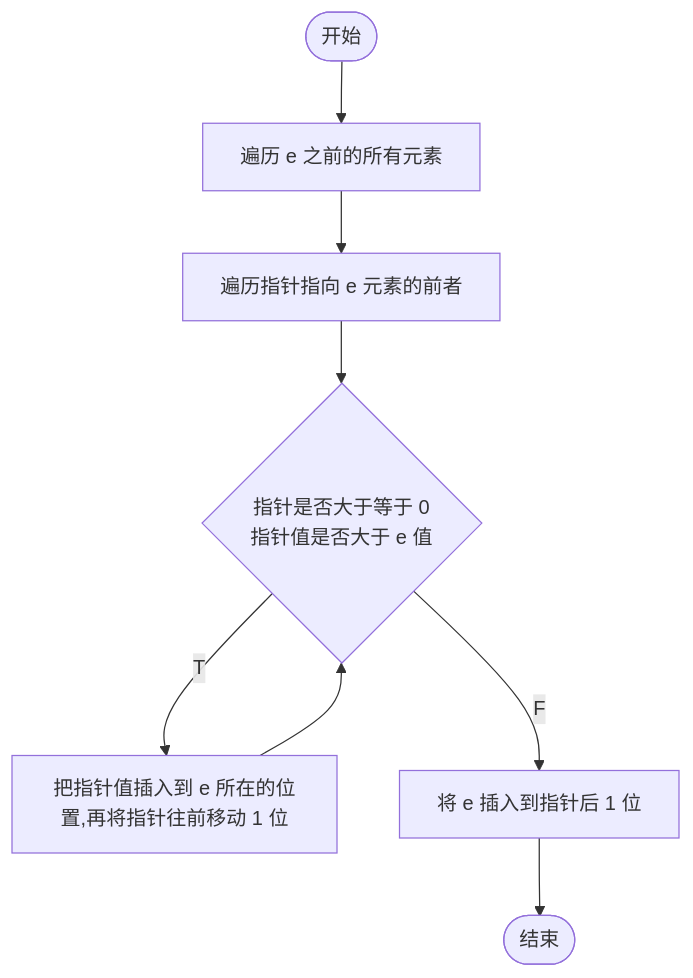
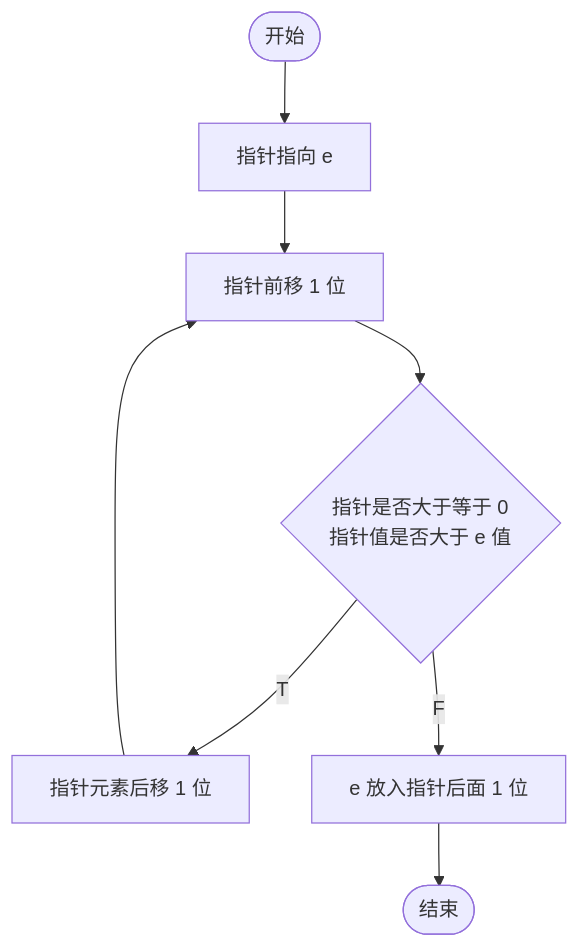
The first of 2 diagrams in content/posts/理论知识/数据结构和算法.md (2198764529/obsidian), drawn with Mermaid before and after one commit. The commit also changed other lines of this file and 8 other files, not shown here.

````diff
--- a/content/posts/理论知识/数据结构和算法.md
+++ b/content/posts/理论知识/数据结构和算法.md
@@ -56,10 +56,9 @@
 ```mermaid 
 graph TB;
  n_start([开始])-->n1
- n1[遍历 e 之前的所有元素] --> n2["遍历指针指向 e 元素的前者"]
+ n1[指针指向 e] --> n2["指针前移 1 位"]
  n2-->n3{"指针是否大于等于 0 \n 指针值是否大于 e 值"}
- n3--T-->n4["把指针值插入到 e 所在的位置,再将指针往前移动 1 位"]
- n4-->n3
- n3--F-->n5["将 e 插入到指针后 1 位"]
+ n3--T-->n4["指针元素后移 1 位"]-->n2
+ n3--F-->n5["e 放入指针后面 1 位"]
  n5-->n_end([结束])
 ```
````
